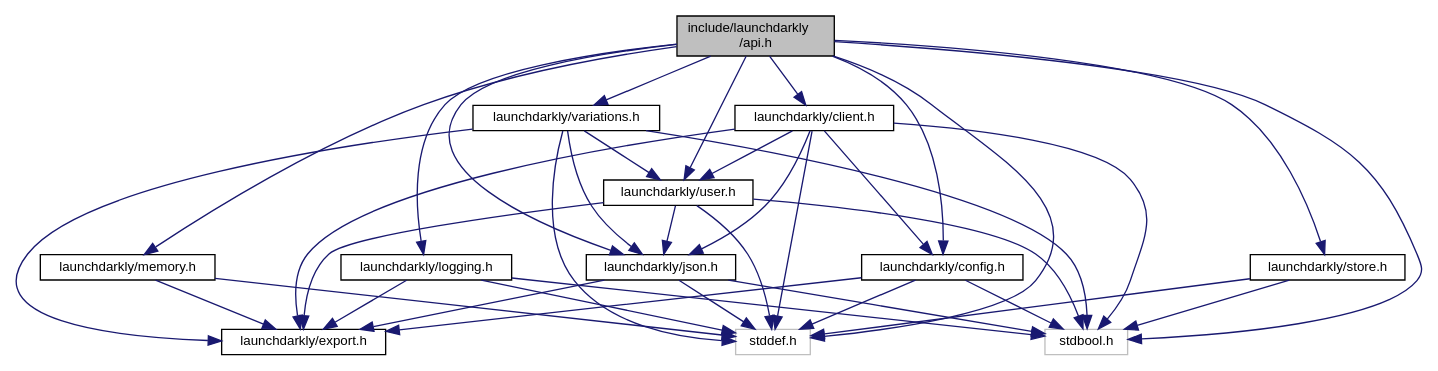
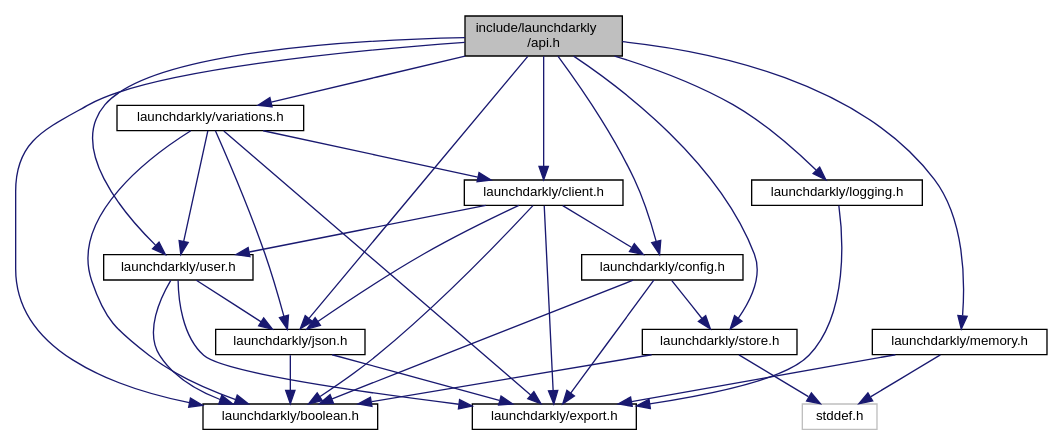
Before and after one commit to launchdarkly/c-server-sdk: the diagram in api_8h__incl.dot, drawn with Graphviz. The commit also changed 109 other files, not shown here.

```diff
--- a/api_8h__incl.dot
+++ b/api_8h__incl.dot
@@ -1,55 +1,49 @@
 digraph "include/launchdarkly/api.h"
 {
   edge [fontname="Helvetica",fontsize="10",labelfontname="Helvetica",labelfontsize="10"];
   node [fontname="Helvetica",fontsize="10",shape=record];
   Node0 [label="include/launchdarkly\l/api.h",height=0.2,width=0.4,color="black", fillcolor="grey75", style="filled", fontcolor="black"];
   Node0 -> Node1 [color="midnightblue",fontsize="10",style="solid",fontname="Helvetica"];
-  Node1 [label="stdbool.h",height=0.2,width=0.4,color="grey75", fillcolor="white", style="filled"];
-  Node0 -> Node2 [color="midnightblue",fontsize="10",style="solid",fontname="Helvetica"];
-  Node2 [label="stddef.h",height=0.2,width=0.4,color="grey75", fillcolor="white", style="filled"];
-  Node0 -> Node3 [color="midnightblue",fontsize="10",style="solid",fontname="Helvetica"];
-  Node3 [label="launchdarkly/json.h",height=0.2,width=0.4,color="black", fillcolor="white", style="filled",URL="$json_8h.html",tooltip="Public API Interface for JSON usage. "];
-  Node3 -> Node1 [color="midnightblue",fontsize="10",style="solid",fontname="Helvetica"];
-  Node3 -> Node2 [color="midnightblue",fontsize="10",style="solid",fontname="Helvetica"];
-  Node3 -> Node4 [color="midnightblue",fontsize="10",style="solid",fontname="Helvetica"];
-  Node4 [label="launchdarkly/export.h",height=0.2,width=0.4,color="black", fillcolor="white", style="filled",URL="$export_8h.html",tooltip="Public. Configuration of exported symbols. "];
-  Node0 -> Node5 [color="midnightblue",fontsize="10",style="solid",fontname="Helvetica"];
-  Node5 [label="launchdarkly/config.h",height=0.2,width=0.4,color="black", fillcolor="white", style="filled",URL="$config_8h.html",tooltip="Public API Interface for Configuration. "];
-  Node5 -> Node1 [color="midnightblue",fontsize="10",style="solid",fontname="Helvetica"];
-  Node5 -> Node2 [color="midnightblue",fontsize="10",style="solid",fontname="Helvetica"];
-  Node5 -> Node4 [color="midnightblue",fontsize="10",style="solid",fontname="Helvetica"];
-  Node0 -> Node6 [color="midnightblue",fontsize="10",style="solid",fontname="Helvetica"];
-  Node6 [label="launchdarkly/user.h",height=0.2,width=0.4,color="black", fillcolor="white", style="filled",URL="$user_8h.html",tooltip="Public API Interface for User construction. "];
-  Node6 -> Node1 [color="midnightblue",fontsize="10",style="solid",fontname="Helvetica"];
-  Node6 -> Node2 [color="midnightblue",fontsize="10",style="solid",fontname="Helvetica"];
-  Node6 -> Node3 [color="midnightblue",fontsize="10",style="solid",fontname="Helvetica"];
-  Node6 -> Node4 [color="midnightblue",fontsize="10",style="solid",fontname="Helvetica"];
+  Node1 [label="launchdarkly/json.h",height=0.2,width=0.4,color="black", fillcolor="white", style="filled",URL="$json_8h.html",tooltip="Public API Interface for JSON usage. "];
+  Node1 -> Node2 [color="midnightblue",fontsize="10",style="solid",fontname="Helvetica"];
+  Node2 [label="launchdarkly/export.h",height=0.2,width=0.4,color="black", fillcolor="white", style="filled",URL="$export_8h.html",tooltip="Public. Configuration of exported symbols. "];
+  Node1 -> Node3 [color="midnightblue",fontsize="10",style="solid",fontname="Helvetica"];
+  Node3 [label="launchdarkly/boolean.h",height=0.2,width=0.4,color="black", fillcolor="white", style="filled",URL="$boolean_8h.html",tooltip="A custom c89 boolean type. "];
+  Node0 -> Node4 [color="midnightblue",fontsize="10",style="solid",fontname="Helvetica"];
+  Node4 [label="launchdarkly/config.h",height=0.2,width=0.4,color="black", fillcolor="white", style="filled",URL="$config_8h.html",tooltip="Public API Interface for Configuration. "];
+  Node4 -> Node2 [color="midnightblue",fontsize="10",style="solid",fontname="Helvetica"];
+  Node4 -> Node5 [color="midnightblue",fontsize="10",style="solid",fontname="Helvetica"];
+  Node5 [label="launchdarkly/store.h",height=0.2,width=0.4,color="black", fillcolor="white", style="filled",URL="$store_8h.html",tooltip="Public API Interface for Store implementatons. "];
+  Node5 -> Node6 [color="midnightblue",fontsize="10",style="solid",fontname="Helvetica"];
+  Node6 [label="stddef.h",height=0.2,width=0.4,color="grey75", fillcolor="white", style="filled"];
+  Node5 -> Node3 [color="midnightblue",fontsize="10",style="solid",fontname="Helvetica"];
+  Node4 -> Node3 [color="midnightblue",fontsize="10",style="solid",fontname="Helvetica"];
   Node0 -> Node7 [color="midnightblue",fontsize="10",style="solid",fontname="Helvetica"];
-  Node7 [label="launchdarkly/client.h",height=0.2,width=0.4,color="black", fillcolor="white", style="filled",URL="$client_8h.html",tooltip="Public API Interface for Client operations. "];
+  Node7 [label="launchdarkly/user.h",height=0.2,width=0.4,color="black", fillcolor="white", style="filled",URL="$user_8h.html",tooltip="Public API Interface for User construction. "];
   Node7 -> Node1 [color="midnightblue",fontsize="10",style="solid",fontname="Helvetica"];
   Node7 -> Node2 [color="midnightblue",fontsize="10",style="solid",fontname="Helvetica"];
-  Node7 -> Node5 [color="midnightblue",fontsize="10",style="solid",fontname="Helvetica"];
-  Node7 -> Node6 [color="midnightblue",fontsize="10",style="solid",fontname="Helvetica"];
   Node7 -> Node3 [color="midnightblue",fontsize="10",style="solid",fontname="Helvetica"];
-  Node7 -> Node4 [color="midnightblue",fontsize="10",style="solid",fontname="Helvetica"];
   Node0 -> Node8 [color="midnightblue",fontsize="10",style="solid",fontname="Helvetica"];
-  Node8 [label="launchdarkly/memory.h",height=0.2,width=0.4,color="black", fillcolor="white", style="filled",URL="$memory_8h.html",tooltip="Public API. Operations for managing memory. "];
+  Node8 [label="launchdarkly/client.h",height=0.2,width=0.4,color="black", fillcolor="white", style="filled",URL="$client_8h.html",tooltip="Public API Interface for Client operations. "];
   Node8 -> Node4 [color="midnightblue",fontsize="10",style="solid",fontname="Helvetica"];
+  Node8 -> Node7 [color="midnightblue",fontsize="10",style="solid",fontname="Helvetica"];
+  Node8 -> Node1 [color="midnightblue",fontsize="10",style="solid",fontname="Helvetica"];
   Node8 -> Node2 [color="midnightblue",fontsize="10",style="solid",fontname="Helvetica"];
+  Node8 -> Node3 [color="midnightblue",fontsize="10",style="solid",fontname="Helvetica"];
   Node0 -> Node9 [color="midnightblue",fontsize="10",style="solid",fontname="Helvetica"];
-  Node9 [label="launchdarkly/logging.h",height=0.2,width=0.4,color="black", fillcolor="white", style="filled",URL="$logging_8h.html",tooltip="Public API Interface for Logging. "];
-  Node9 -> Node1 [color="midnightblue",fontsize="10",style="solid",fontname="Helvetica"];
+  Node9 [label="launchdarkly/memory.h",height=0.2,width=0.4,color="black", fillcolor="white", style="filled",URL="$memory_8h.html",tooltip="Public API. Operations for managing memory. "];
+  Node9 -> Node6 [color="midnightblue",fontsize="10",style="solid",fontname="Helvetica"];
   Node9 -> Node2 [color="midnightblue",fontsize="10",style="solid",fontname="Helvetica"];
-  Node9 -> Node4 [color="midnightblue",fontsize="10",style="solid",fontname="Helvetica"];
   Node0 -> Node10 [color="midnightblue",fontsize="10",style="solid",fontname="Helvetica"];
-  Node10 [label="launchdarkly/variations.h",height=0.2,width=0.4,color="black", fillcolor="white", style="filled",URL="$variations_8h.html",tooltip="Public API Interface for evaluation variations. "];
-  Node10 -> Node1 [color="midnightblue",fontsize="10",style="solid",fontname="Helvetica"];
+  Node10 [label="launchdarkly/logging.h",height=0.2,width=0.4,color="black", fillcolor="white", style="filled",URL="$logging_8h.html",tooltip="Public API Interface for Logging. "];
   Node10 -> Node2 [color="midnightblue",fontsize="10",style="solid",fontname="Helvetica"];
-  Node10 -> Node6 [color="midnightblue",fontsize="10",style="solid",fontname="Helvetica"];
-  Node10 -> Node3 [color="midnightblue",fontsize="10",style="solid",fontname="Helvetica"];
-  Node10 -> Node4 [color="midnightblue",fontsize="10",style="solid",fontname="Helvetica"];
   Node0 -> Node11 [color="midnightblue",fontsize="10",style="solid",fontname="Helvetica"];
-  Node11 [label="launchdarkly/store.h",height=0.2,width=0.4,color="black", fillcolor="white", style="filled",URL="$store_8h_source.html"];
+  Node11 [label="launchdarkly/variations.h",height=0.2,width=0.4,color="black", fillcolor="white", style="filled",URL="$variations_8h.html",tooltip="Public API Interface for evaluation variations. "];
+  Node11 -> Node8 [color="midnightblue",fontsize="10",style="solid",fontname="Helvetica"];
+  Node11 -> Node7 [color="midnightblue",fontsize="10",style="solid",fontname="Helvetica"];
   Node11 -> Node1 [color="midnightblue",fontsize="10",style="solid",fontname="Helvetica"];
   Node11 -> Node2 [color="midnightblue",fontsize="10",style="solid",fontname="Helvetica"];
+  Node11 -> Node3 [color="midnightblue",fontsize="10",style="solid",fontname="Helvetica"];
+  Node0 -> Node5 [color="midnightblue",fontsize="10",style="solid",fontname="Helvetica"];
+  Node0 -> Node3 [color="midnightblue",fontsize="10",style="solid",fontname="Helvetica"];
 }
```
